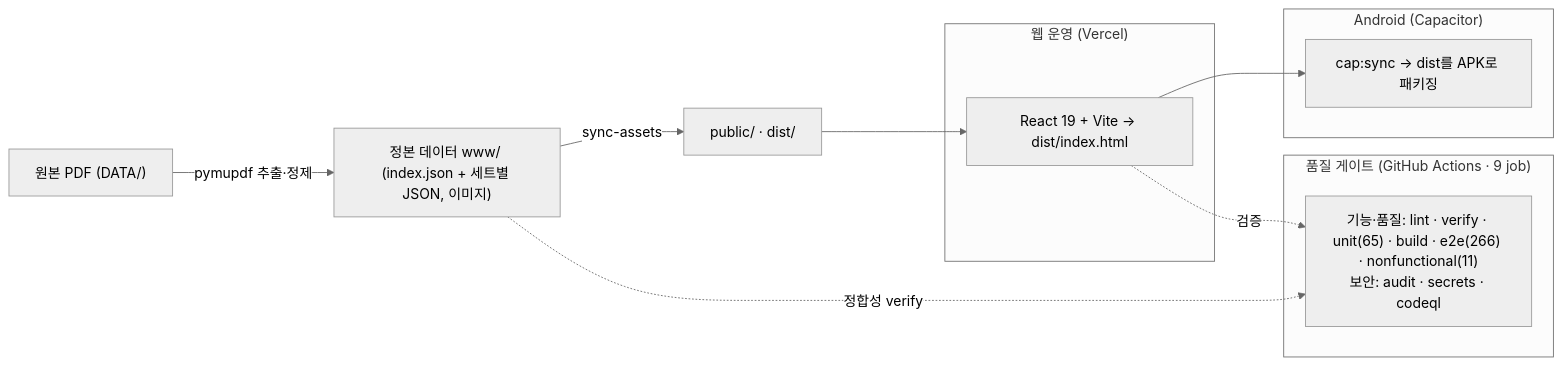
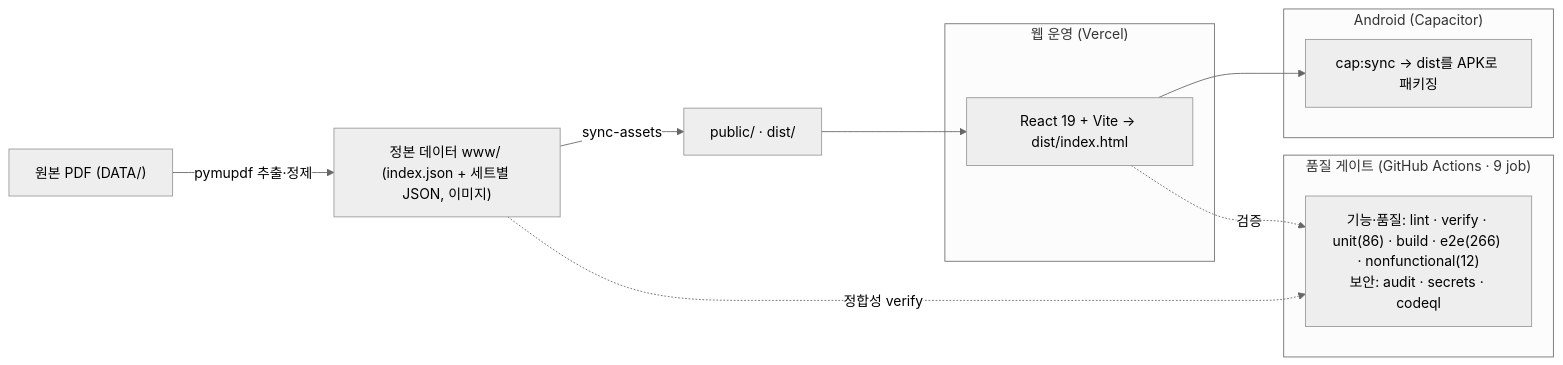
The diagram in README.md (WindowHyun/ISTQB), drawn with Mermaid (neutral theme) before and after one commit. The commit also changed other lines of this file and 10 other files, not shown here.

First line of the commit message:
test: 테스트 자산 보강(유닛 65→86)·verify 경고 0·lint 경고 0·NF 장기 스케일

````diff
--- a/README.md
+++ b/README.md
@@ -174,20 +174,20 @@
 ```mermaid
 flowchart LR
   PDF["원본 PDF (DATA/)"] -->|pymupdf 추출·정제| SRC["정본 데이터 www/ (index.json + 세트별 JSON, 이미지)"]
   SRC -->|sync-assets| PUB["public/ · dist/"]
 
   subgraph 웹_운영["웹 운영 (Vercel)"]
     REACT["React 19 + Vite → dist/index.html"]
   end
   subgraph APK["Android (Capacitor)"]
     CAP["cap:sync → dist를 APK로 패키징"]
   end
   PUB --> REACT
   REACT --> CAP
 
   subgraph 품질["품질 게이트 (GitHub Actions · 9 job)"]
-    CI["기능·품질: lint · verify · unit(65) · build · e2e(266) · nonfunctional(11)<br/>보안: audit · secrets · codeql"]
+    CI["기능·품질: lint · verify · unit(86) · build · e2e(266) · nonfunctional(12)<br/>보안: audit · secrets · codeql"]
   end
   REACT -.검증.-> CI
   SRC -.정합성 verify.-> CI
 ```
````
